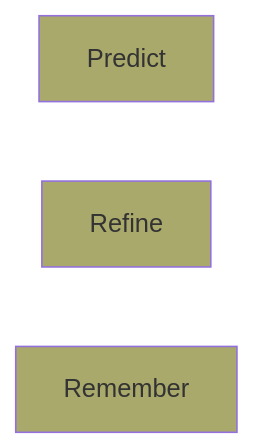
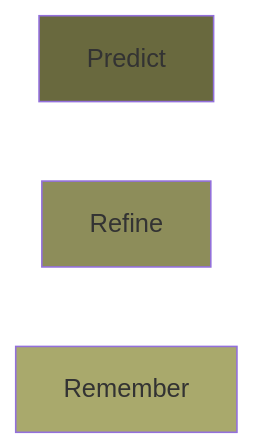
The fourth of 4 diagrams in docs/notes.md (NaTHuber/HyperparamAgent-Architecture), drawn with Mermaid before and after one commit. The commit also changed other lines of this file, not shown here.

````diff
--- a/docs/notes.md
+++ b/docs/notes.md
@@ -213,11 +213,11 @@
 ```mermaid 
     graph LR
     A[Predict]
     B[Refine]
     C[Remember]
     
-    style A fill: #a9a96c
-    style B fill: #a9a96c
+    style A fill: #69693e
+    style B fill: #8d8d5a
     style C fill: #a9a96c
 
 ```
````
